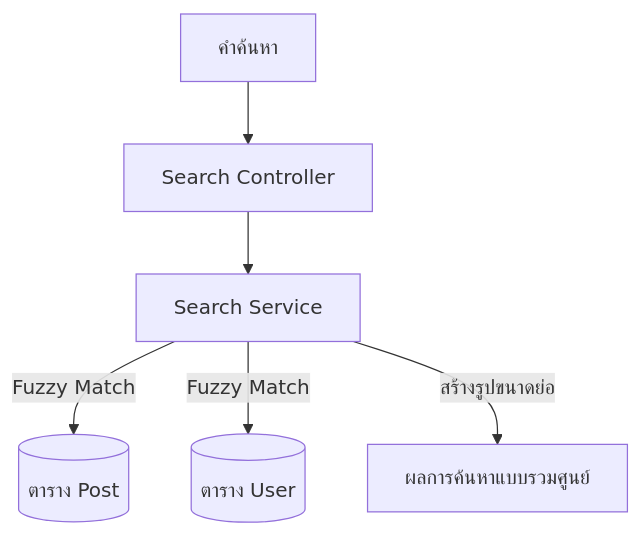
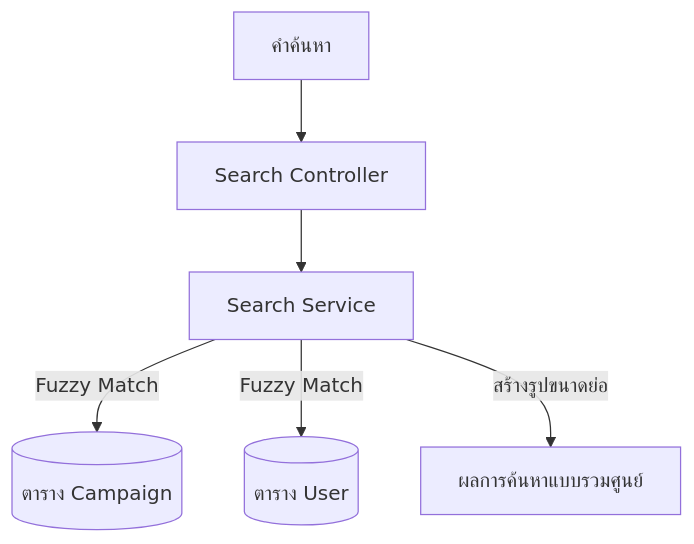
One commit to o-kard/okard-backend changed the diagram in docs/developer_manual/th/search_module_manual.md. Above: the diagram before and after it, drawn with Mermaid. The commit also changed other lines of this file and 15 other files, not shown here.

````diff
--- a/docs/developer_manual/th/search_module_manual.md
+++ b/docs/developer_manual/th/search_module_manual.md
@@ -24,8 +21,8 @@
 ```mermaid
 graph TD
     Query[คำค้นหา] --> Controller[Search Controller]
     Controller --> Service[Search Service]
-    Service -->|Fuzzy Match| Post[(ตาราง Post)]
+    Service -->|Fuzzy Match| Camp[(ตาราง Campaign)]
     Service -->|Fuzzy Match| User[(ตาราง User)]
     Service -->|สร้างรูปขนาดย่อ| Result[ผลการค้นหาแบบรวมศูนย์]
 ```
````
